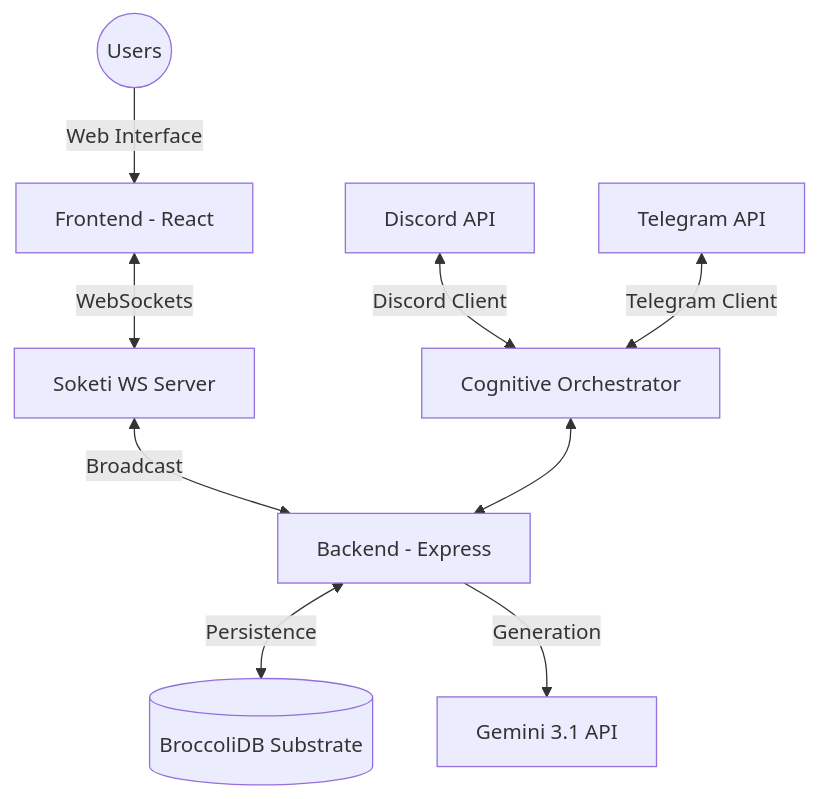
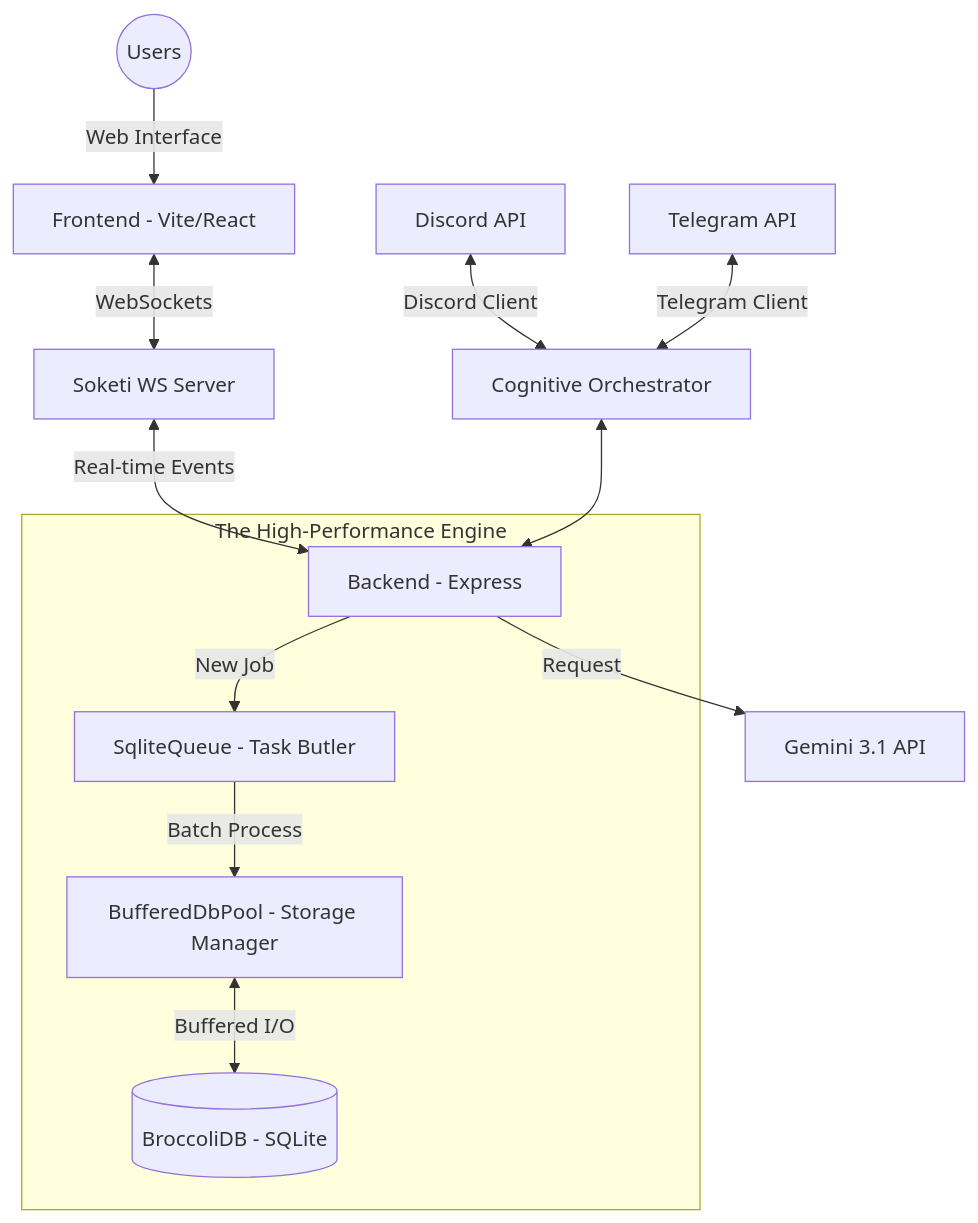
One commit to CardSorting/AIDreamBees changed the diagram in docs/ARCHITECTURE.md. Above: the diagram before and after it, drawn with Mermaid. The commit also changed other lines of this file and 3 other files, not shown here.

````diff
--- a/docs/ARCHITECTURE.md
+++ b/docs/ARCHITECTURE.md
@@ -20,13 +21,18 @@
 ```mermaid
 graph TD
-    User((Users)) -->|Web Interface| Frontend[Frontend - React]
+    User((Users)) -->|Web Interface| Frontend[Frontend - Vite/React]
     Frontend <-->|WebSockets| Soketi[Soketi WS Server]
-    Soketi <-->|Broadcast| Backend[Backend - Express]
-    Backend <-->|Persistence| BDB[(BroccoliDB Substrate)]
+    Soketi <-->|Real-time Events| Backend[Backend - Express]
+    
+    subgraph "The High-Performance Engine"
+        Backend -->|New Job| Queue[SqliteQueue - Task Butler]
+        Queue -->|Batch Process| DBManager[BufferedDbPool - Storage Manager]
+        DBManager <-->|Buffered I/O| BDB[(BroccoliDB - SQLite)]
+    end
     
     Discord[Discord API] <-->|Discord Client| Orchestrator[Cognitive Orchestrator]
     Telegram[Telegram API] <-->|Telegram Client| Orchestrator
     
     Orchestrator <--> Backend
-    Backend -->|Generation| Gemini[Gemini 3.1 API]
+    Backend -->|Request| Gemini[Gemini 3.1 API]
 ```
````
